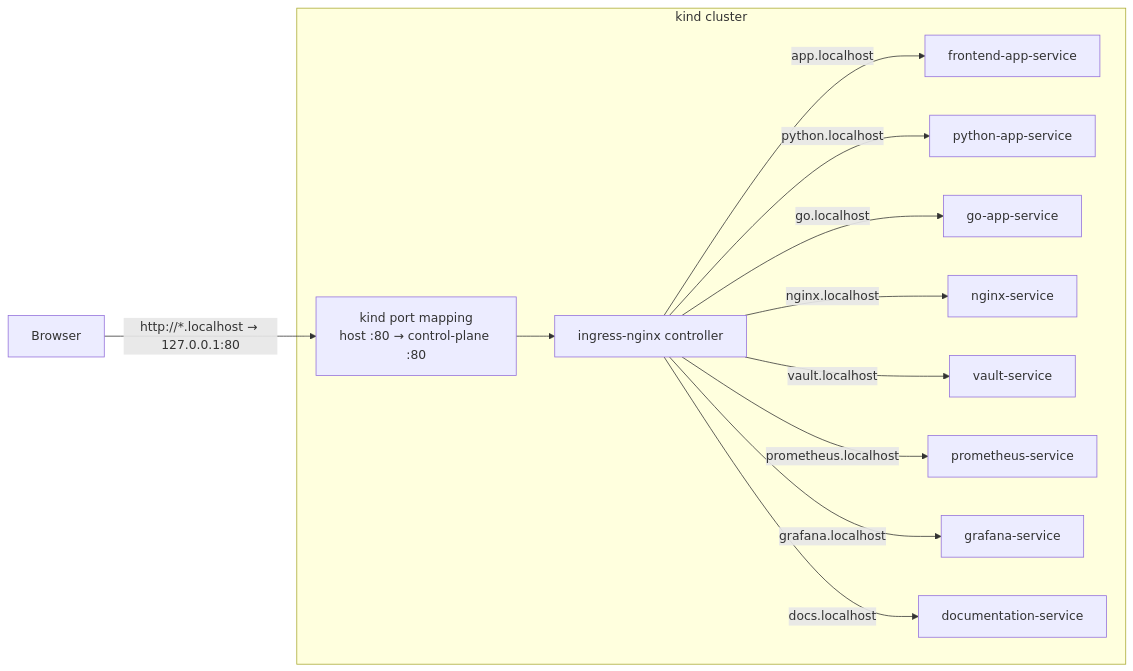
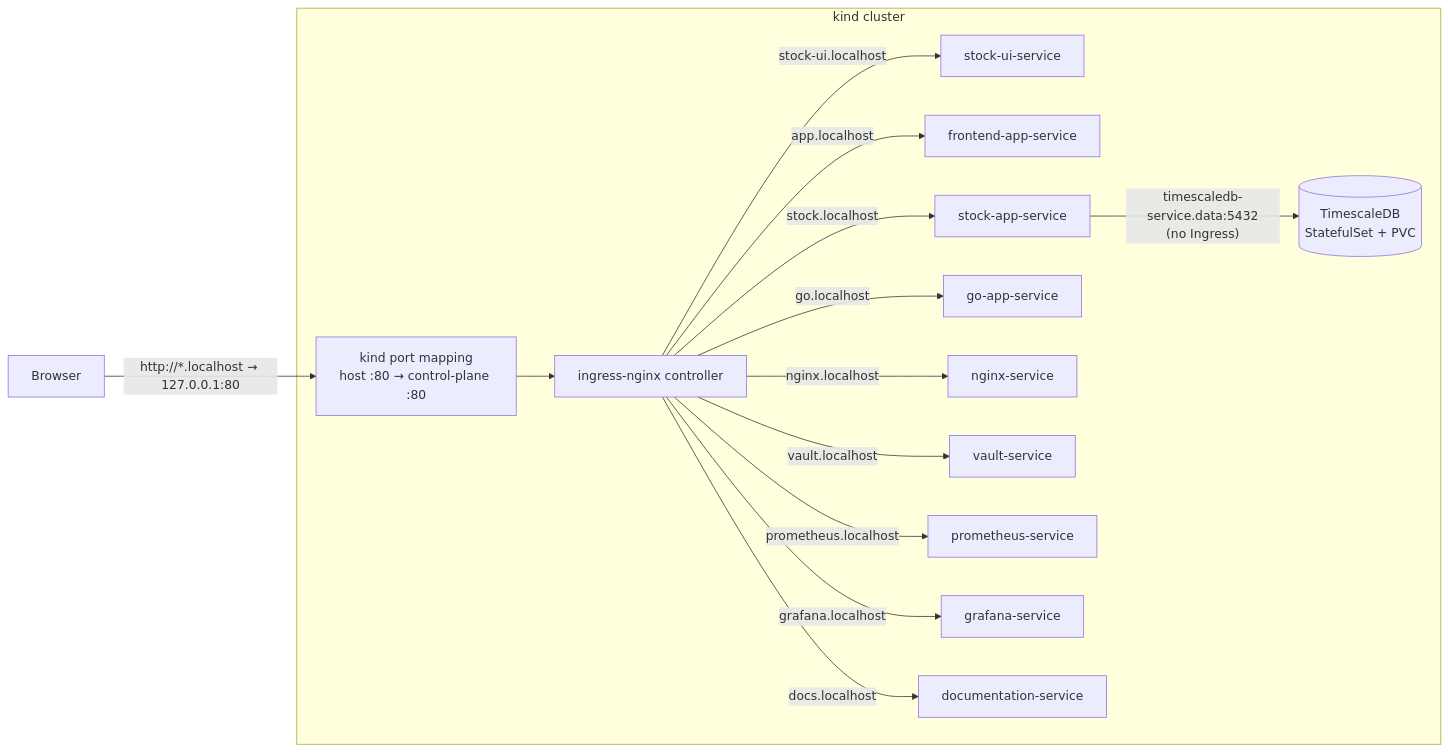
The first of 2 diagrams in documentation/docs/design.md (Jeremiaszmacura/platform-engineering-stack), drawn with Mermaid before and after one commit. The commit also changed other lines of this file and 230 other files, not shown here.

````diff
--- a/documentation/docs/design.md
+++ b/documentation/docs/design.md
@@ -16,16 +16,18 @@
 ```mermaid
 flowchart LR
     B[Browser]
     B -->|"http://*.localhost → 127.0.0.1:80"| PM["kind port mapping<br/>host :80 → control-plane :80"]
     subgraph cluster["kind cluster"]
         PM --> IC["ingress-nginx controller"]
+        IC -->|stock-ui.localhost| SUI["stock-ui-service"]
         IC -->|app.localhost| FE["frontend-app-service"]
-        IC -->|python.localhost| PY["python-app-service"]
+        IC -->|stock.localhost| ST["stock-app-service"]
         IC -->|go.localhost| GO["go-app-service"]
         IC -->|nginx.localhost| NG["nginx-service"]
         IC -->|vault.localhost| VA["vault-service"]
         IC -->|prometheus.localhost| PR["prometheus-service"]
         IC -->|grafana.localhost| GR["grafana-service"]
         IC -->|docs.localhost| DC["documentation-service"]
+        ST -->|"timescaledb-service.data:5432<br/>(no Ingress)"| TS[("TimescaleDB<br/>StatefulSet + PVC")]
     end
 ```
````
